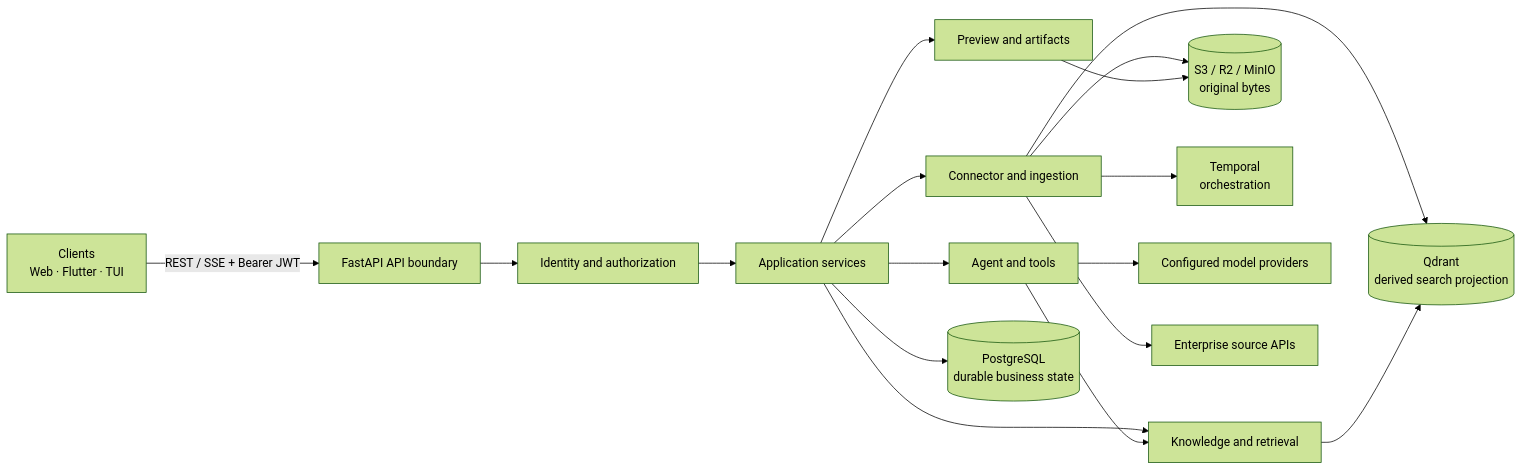
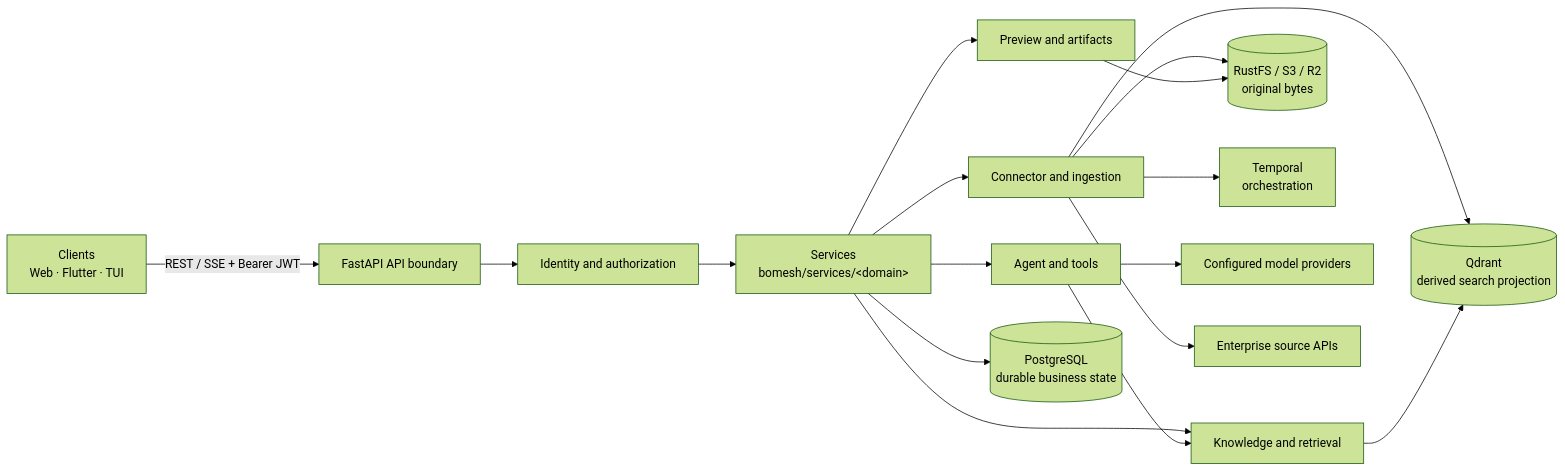
Before and after one commit to NguyenDuy1910/BoMesh: the first of 3 diagrams in docs/architecture-overview.md, drawn with Mermaid (forest theme). The commit also changed other lines of this file and 511 other files, not shown here.

````diff
--- a/docs/architecture-overview.md
+++ b/docs/architecture-overview.md
@@ -52,21 +52,21 @@
 ```mermaid
 flowchart LR
     C["Clients<br/>Web · Flutter · TUI"] -->|"REST / SSE + Bearer JWT"| API["FastAPI API boundary"]
     API --> AUTH["Identity and authorization"]
-    AUTH --> SVC["Application services"]
+    AUTH --> SVC["Services<br/>bomesh/services/&lt;domain&gt;"]
 
     SVC --> KN["Knowledge and retrieval"]
     SVC --> ING["Connector and ingestion"]
     SVC --> AG["Agent and tools"]
     SVC --> PRE["Preview and artifacts"]
 
     SVC --> PG[("PostgreSQL<br/>durable business state")]
-    ING --> OBJ[("S3 / R2 / MinIO<br/>original bytes")]
+    ING --> OBJ[("RustFS / S3 / R2<br/>original bytes")]
     PRE --> OBJ
     ING --> TEMP["Temporal<br/>orchestration"]
     ING --> QD[("Qdrant<br/>derived search projection")]
     KN --> QD
     AG --> KN
     AG --> MODEL["Configured model providers"]
     ING --> SRC["Enterprise source APIs"]
 ```
````
